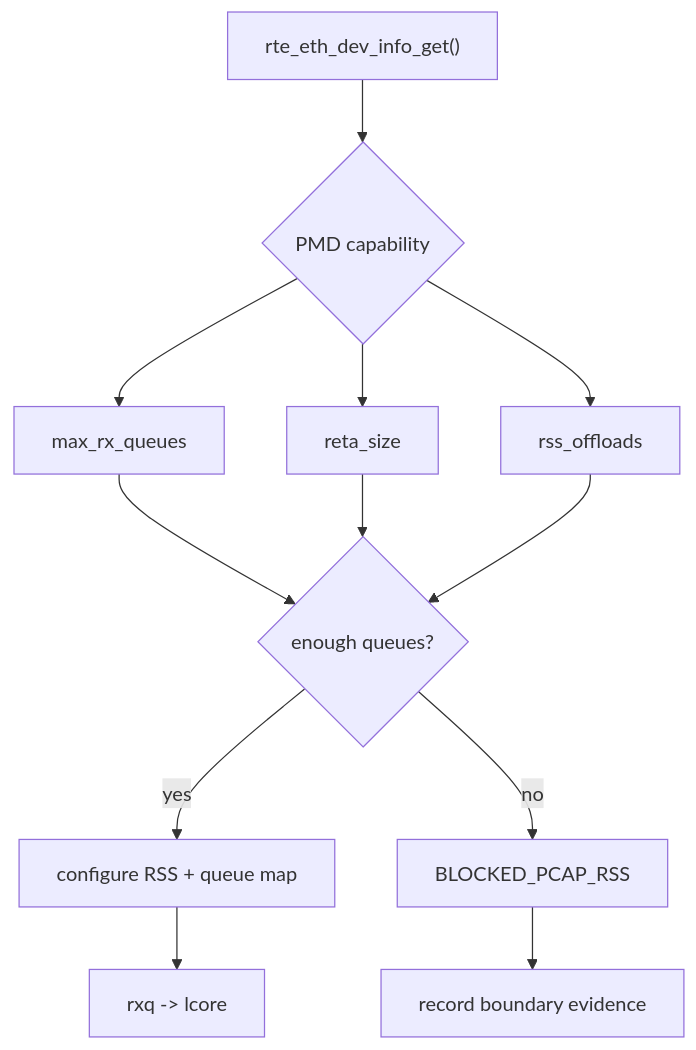
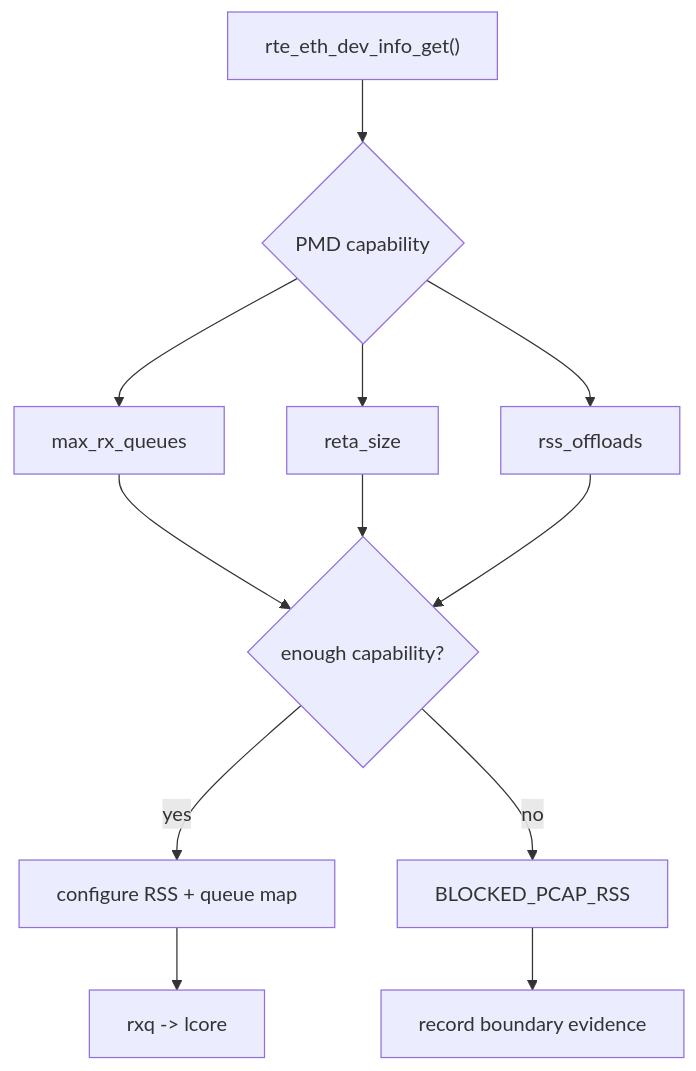
The fifth of 9 diagrams in linux-driver-lab/track-dpdk-advanced/docs/04_ARCHITECTURE_PRINCIPLES.md (gwpptm007/driver-lab), drawn with Mermaid before and after one commit. The commit also changed other lines of this file and 79 other files, not shown here.

````diff
--- a/linux-driver-lab/track-dpdk-advanced/docs/04_ARCHITECTURE_PRINCIPLES.md
+++ b/linux-driver-lab/track-dpdk-advanced/docs/04_ARCHITECTURE_PRINCIPLES.md
@@ -142,14 +125,14 @@
 ```mermaid
 flowchart TD
     DevInfo["rte_eth_dev_info_get()"] --> Cap{"PMD capability"}
     Cap --> Q["max_rx_queues"]
     Cap --> R["reta_size"]
     Cap --> O["rss_offloads"]
-    Q --> Check{"enough queues?"}
+    Q --> Check{"enough capability?"}
     R --> Check
     O --> Check
     Check -->|yes| RSS["configure RSS + queue map"]
     Check -->|no| Blocked["BLOCKED_PCAP_RSS"]
     RSS --> Map["rxq -> lcore"]
     Blocked --> Doc["record boundary evidence"]
 ```
````
